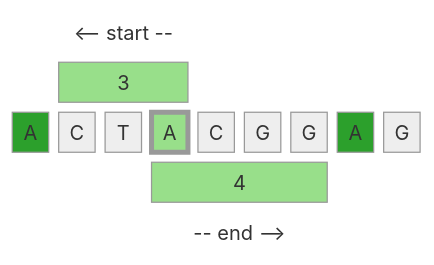
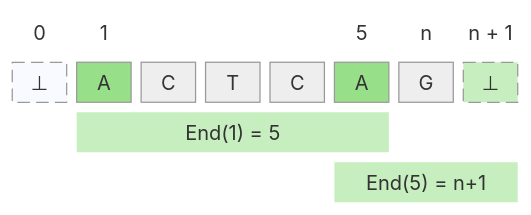
Before and after one commit to intervals-mining-lab/foapy: the second of 2 diagrams in docs/fundamentals/objects/binding.md, drawn with Mermaid (neutral theme). The commit also changed other lines of this file and 6 other files, not shown here.

````diff
--- a/docs/fundamentals/objects/binding.md
+++ b/docs/fundamentals/objects/binding.md
@@ -18,18 +130,40 @@
-``` mermaid
-block-beta
-  columns 9
-  space l1["<-- start --"]:3 space:5
-  space start1["3"]:3 space:5
-  s1["A"] s2["C"] s3["T"] s4["A"] s5["C"] s6["G"] s7["G"] s8["A"] s9["G"]
-  space:3 end1["4"]:4 space:2
-  space:3 l3["-- end -->"]:4
+    ``` mermaid
+    block-beta
+      columns 8
+      p0["0"]        p1["1"] space:3         p5["5"]                p6["n"] p7["n + 1"]
+      inf["⊥"] s1["A"] s2["C"] s3["T"] s4["C"] s5["A"] s6["G"] sup["⊥"]
+      space      t1["End(1) = 5"]:5         space:2
+      space:5 e0["End(5) = n+1"]:3
 
-  classDef c3 fill:#2ca02c,color:#fff;
-  classDef c4 fill:#98df8a,color:#000;
-  classDef active fill:#98df8a,color:#000,stroke-width:4px;
-  classDef label fill:#fff,color:#000,stroke-width:0px;
-  class s1,s8 c3
-  class s4 active
-  class start1,end1 c4
-  class l1,l2,l3 label
-```
+      classDef imaginary fill:#526cfe09,color:#000,stroke-dasharray: 10 5;
+      classDef position fill:#fff,color:#000,stroke-width:0px;
+      class inf,sup imaginary
+      class p0,p1,p5,p6,p7 position
+
+      classDef c1 fill:#ff7f0e,color:#fff;
+      classDef c2 fill:#ffbb78,color:#000;
+      classDef c2a fill:#ffbb788a,color:#000;
+      classDef c3 fill:#2ca02c,color:#fff;
+      classDef c4 fill:#98df8a,color:#000;
+      classDef c4a fill:#98df8a8a,color:#000;
+      classDef c5 fill:#d62728,color:#fff;
+      classDef c6 fill:#ff9896,color:#000;
+      classDef c6a fill:#ff98968a,color:#000;
+      classDef c7 fill:#9467bd,color:#fff;
+      classDef c8 fill:#c5b0d5,color:#000;
+      classDef c9 fill:#8c564b,color:#fff;
+      classDef c10 fill:#c49c94,color:#000;
+      classDef c11 fill:#e377c2,color:#fff;
+      classDef c12 fill:#f7b6d2,color:#000;
+      classDef c13 fill:#bcbd22,color:#fff;
+      classDef c14 fill:#dbdb8d,color:#000;
+      classDef c14a fill:#dbdb8d8a,color:#000;
+      classDef c15 fill:#17becf,color:#fff;
+      classDef c16 fill:#9edae5,color:#000;
+
+      class s1,s5 c4
+      class sup,t1,e0 c4a
+      class pomn,p00,p01,p06,p07,p02n position
+      class t1,t2,t5,e0,e1 position
+
+    ```
````
